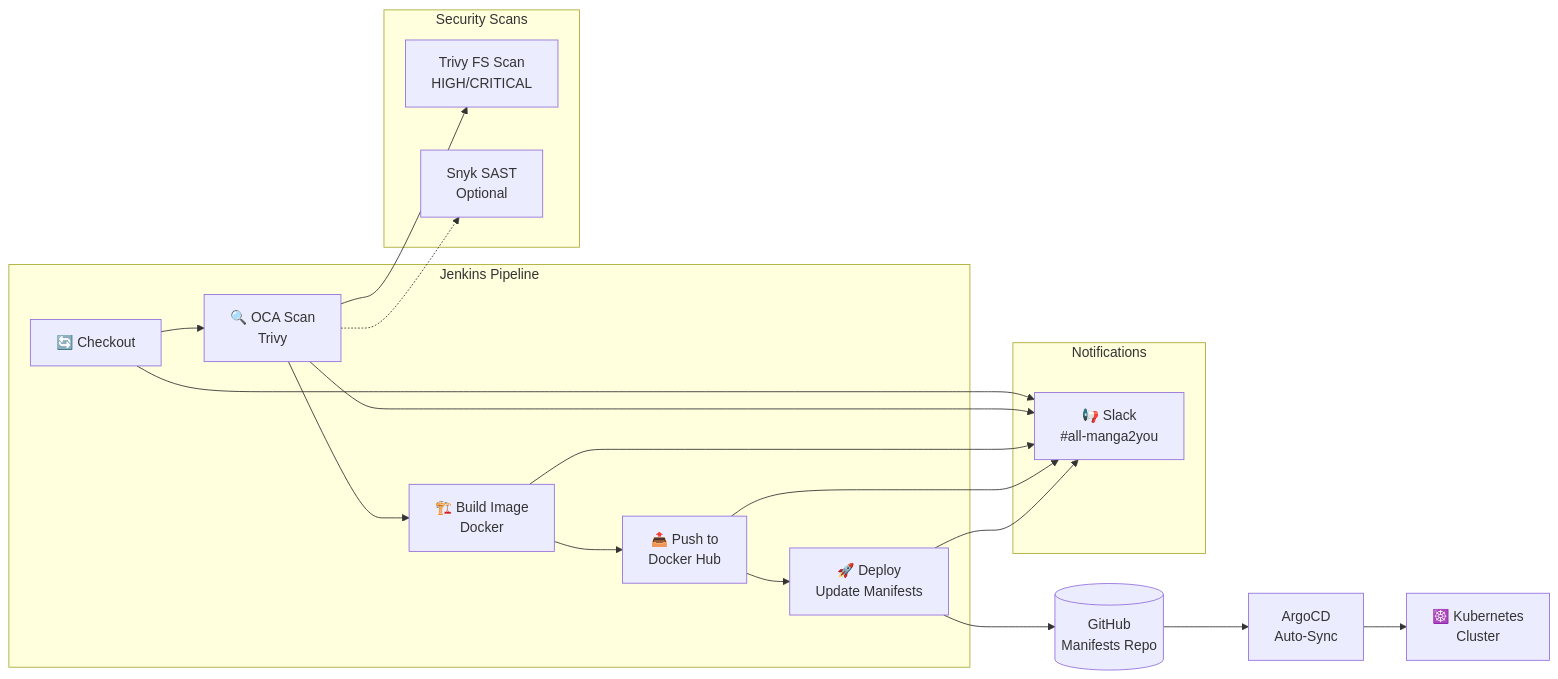
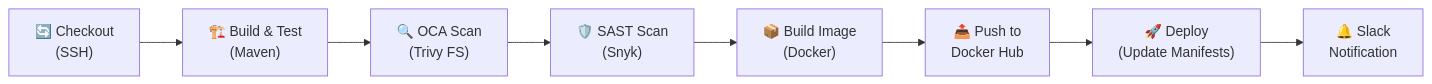
The second of 4 diagrams in README.md (saberBenhamda0/monolithic-devops-project), drawn with Mermaid before and after one commit. The commit also changed other lines of this file, not shown here.

````diff
--- a/README.md
+++ b/README.md
@@ -239,26 +217,10 @@
 ```mermaid
 flowchart LR
-    subgraph "Jenkins Pipeline"
-        A[🔄 Checkout] --> B[🔍 OCA Scan<br/>Trivy]
-        B --> C[🏗️ Build Image<br/>Docker]
-        C --> D[📤 Push to<br/>Docker Hub]
-        D --> E[🚀 Deploy<br/>Update Manifests]
-    end
-    
-    subgraph "Security Scans"
-        B1[Trivy FS Scan<br/>HIGH/CRITICAL]
-        B2[Snyk SAST<br/>Optional]
-    end
-    
-    subgraph "Notifications"
-        S[📢 Slack<br/>#all-manga2you]
-    end
-    
-    B --> B1
-    B -.-> B2
-    A & B & C & D & E --> S
-    
-    E --> F[(GitHub<br/>Manifests Repo)]
-    F --> G[ArgoCD<br/>Auto-Sync]
-    G --> H[☸️ Kubernetes<br/>Cluster]
+    A["🔄 Checkout<br/>(SSH)"] --> B["🏗️ Build & Test<br/>(Maven)"]
+    B --> C["🔍 OCA Scan<br/>(Trivy FS)"]
+    C --> D["🛡️ SAST Scan<br/>(Snyk)"]
+    D --> E["📦 Build Image<br/>(Docker)"]
+    E --> F["📤 Push to<br/>Docker Hub"]
+    F --> G["🚀 Deploy<br/>(Update Manifests)"]
+    G --> H["🔔 Slack<br/>Notification"]
 ```
````
